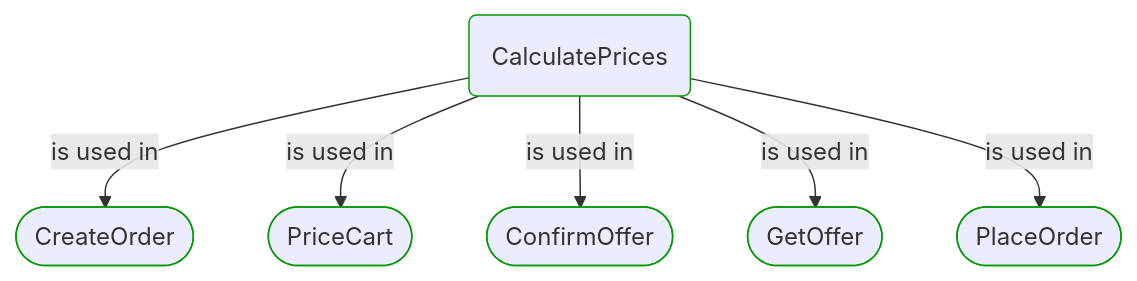
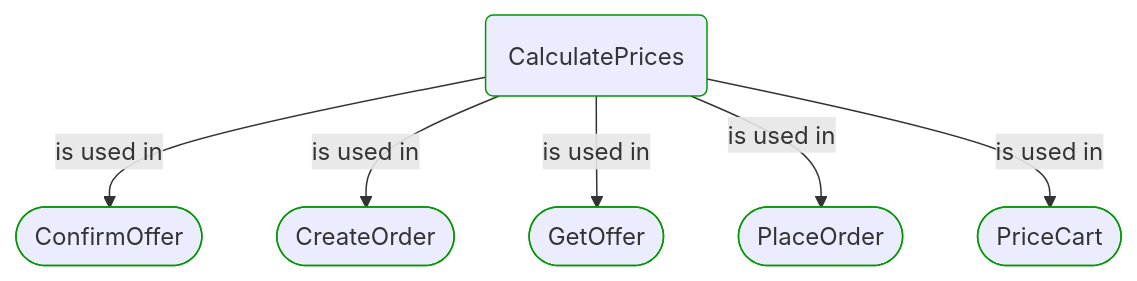
The second of 2 diagrams in Docs/P3/MermaidOutput/BuildingBlocks/Sales/Pricing/CalculatePrices.md (itlibrium/DDD-starter-dotnet), drawn with Mermaid before and after one commit. The commit also changed other lines of this file and 78 other files, not shown here.

````diff
--- a/Docs/P3/MermaidOutput/BuildingBlocks/Sales/Pricing/CalculatePrices.md
+++ b/Docs/P3/MermaidOutput/BuildingBlocks/Sales/Pricing/CalculatePrices.md
@@ -53,23 +53,23 @@
 ```mermaid
   flowchart TB
     0(CalculatePrices)
     class 0 DomainPerspective
-    1([CreateOrder])
+    1([ConfirmOffer])
     class 1 DomainPerspective
     0-->|is used in|1
-    2([PriceCart])
+    2([CreateOrder])
     class 2 DomainPerspective
     0-->|is used in|2
-    3([ConfirmOffer])
+    3([GetOffer])
     class 3 DomainPerspective
     0-->|is used in|3
-    4([GetOffer])
+    4([PlaceOrder])
     class 4 DomainPerspective
     0-->|is used in|4
-    5([PlaceOrder])
+    5([PriceCart])
     class 5 DomainPerspective
     0-->|is used in|5
     classDef DomainPerspective stroke:#009900
     classDef TechnologyPerspective stroke:#1F41EB
     classDef PeoplePerspective stroke:#FFF014
 ```
````
